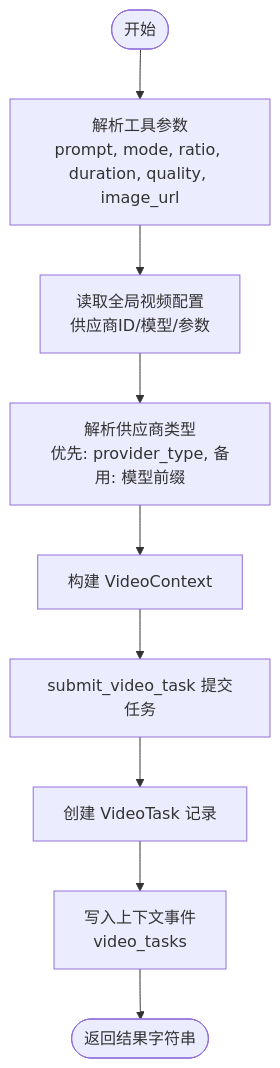
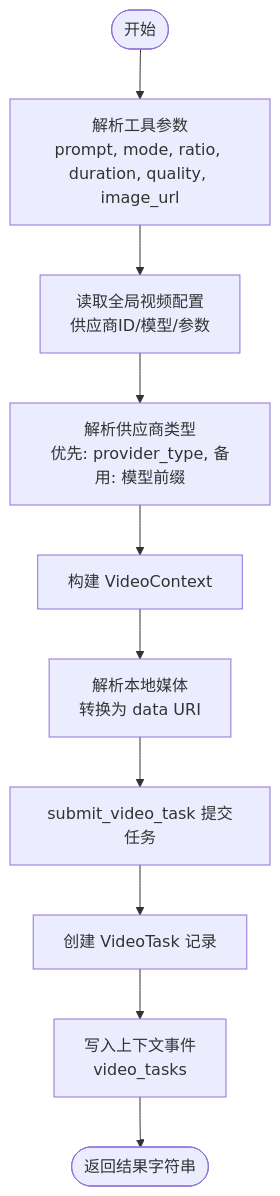
Before and after one commit to KunLabAI/KunFlix: the sixth of 10 diagrams in .qoder/repowiki/zh/content/AI服务集成/AI服务集成.md, drawn with Mermaid. The commit also changed other lines of this file and 13 other files, not shown here.

First line of the commit message:
feat(tool_manager): 集成图像编辑、视频编辑与画布节点管理工具

````diff
--- a/.qoder/repowiki/zh/content/AI服务集成/AI服务集成.md
+++ b/.qoder/repowiki/zh/content/AI服务集成/AI服务集成.md
@@ -252,11 +305,12 @@
 ```mermaid
 flowchart TD
 Start(["开始"]) --> ParseArgs["解析工具参数<br/>prompt, mode, ratio, duration, quality, image_url"]
 ParseArgs --> LoadCfg["读取全局视频配置<br/>供应商ID/模型/参数"]
 LoadCfg --> ResolveProv["解析供应商类型<br/>优先: provider_type, 备用: 模型前缀"]
 ResolveProv --> BuildCtx["构建 VideoContext"]
-BuildCtx --> Submit["submit_video_task 提交任务"]
+BuildCtx --> ResolveMedia["解析本地媒体<br/>转换为 data URI"]
+ResolveMedia --> Submit["submit_video_task 提交任务"]
 Submit --> Persist["创建 VideoTask 记录"]
 Persist --> Notify["写入上下文事件<br/>video_tasks"]
 Notify --> Done(["返回结果字符串"])
 ```
````
